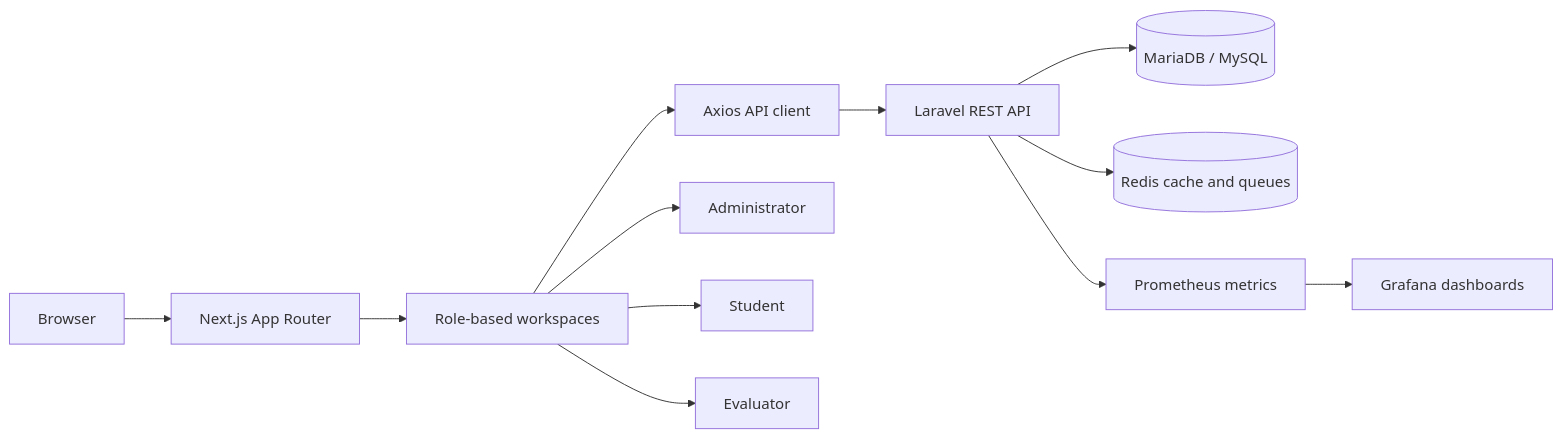
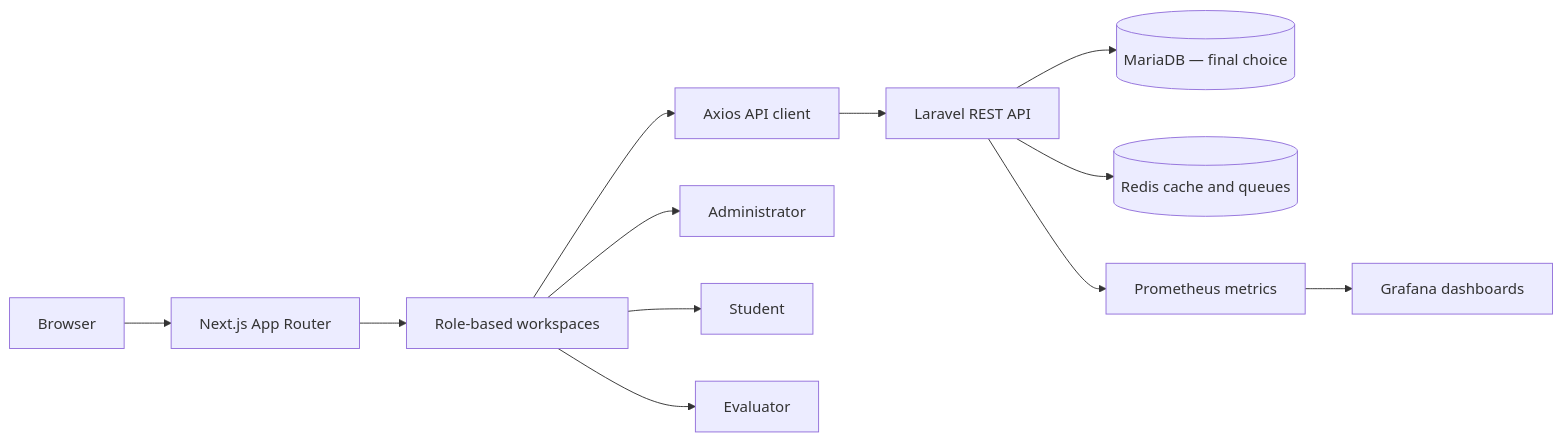
Before and after one commit to gonzalomartinperez/filomena-frontend: the diagram in README.md, drawn with Mermaid. The commit also changed other lines of this file and 2 other files, not shown here.

Commit message:
docs: clarify MySQL history and final MariaDB selection

````diff
--- a/README.md
+++ b/README.md
@@ -66,15 +66,15 @@
 ```mermaid
 flowchart LR
     U[Browser] --> N[Next.js App Router]
     N --> UI[Role-based workspaces]
     UI --> A[Axios API client]
     A --> B[Laravel REST API]
-    B --> M[(MariaDB / MySQL)]
+    B --> M[("MariaDB — final choice")]
     B --> R[(Redis cache and queues)]
     B --> O[Prometheus metrics]
     O --> G[Grafana dashboards]
 
     UI --> ADM[Administrator]
     UI --> STU[Student]
     UI --> EVA[Evaluator]
 ```
````
